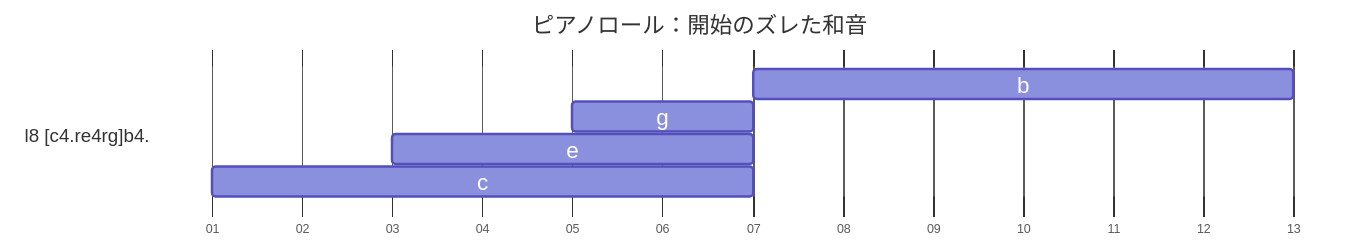
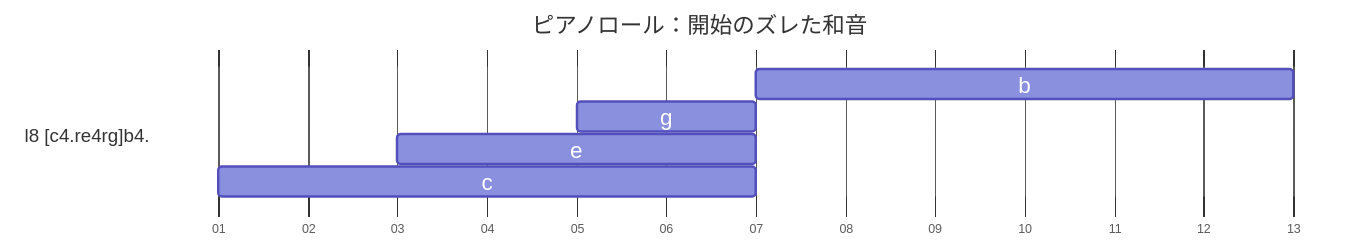
One commit to lineardrive/V3MMLmanual changed the fourth of 4 diagrams in docs/ch09/9_2.md. Above: the diagram before and after it, drawn with Mermaid. The commit also changed other lines of this file, not shown here.

````diff
--- a/docs/ch09/9_2.md
+++ b/docs/ch09/9_2.md
@@ -117,29 +117,29 @@
 ```mermaid
 ---
 config:
   themeCSS: >-
     .tick text { display: none; }
   themeVariables:
     excludeBkgColor: "transparent"
     sectionBkgColor: "#fff"
   gantt:
     topPadding: 64
     titleTopMargin: 35
     barHeight: 24
     barGap: 2
     fontSize: 18
     sectionFontSize: 15
-    leftPadding: 160
+    leftPadding: 165
 ---
 gantt
     title ピアノロール：開始のズレた和音
     dateFormat YYYY-MM-DD
     tickInterval 1day
     axisFormat %d
 
     section l8 [c4.re4rg]b4.
         b :  t4,   after t1, 6d
         g :  t3, 2025-01-05, 2d
         e :  t2, 2025-01-03, 4d
         c :  t1, 2025-01-01, 6d
 ```
````
